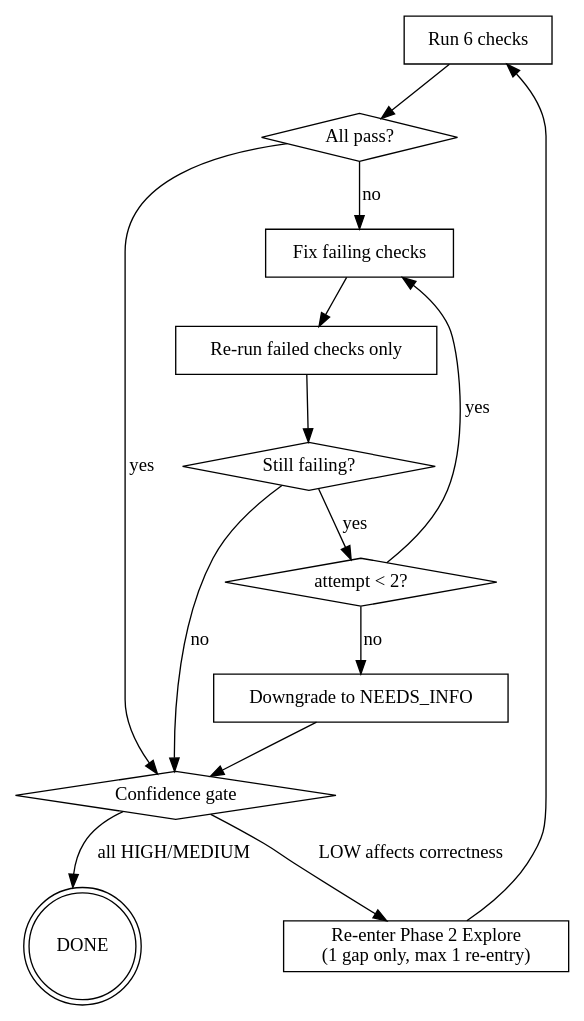
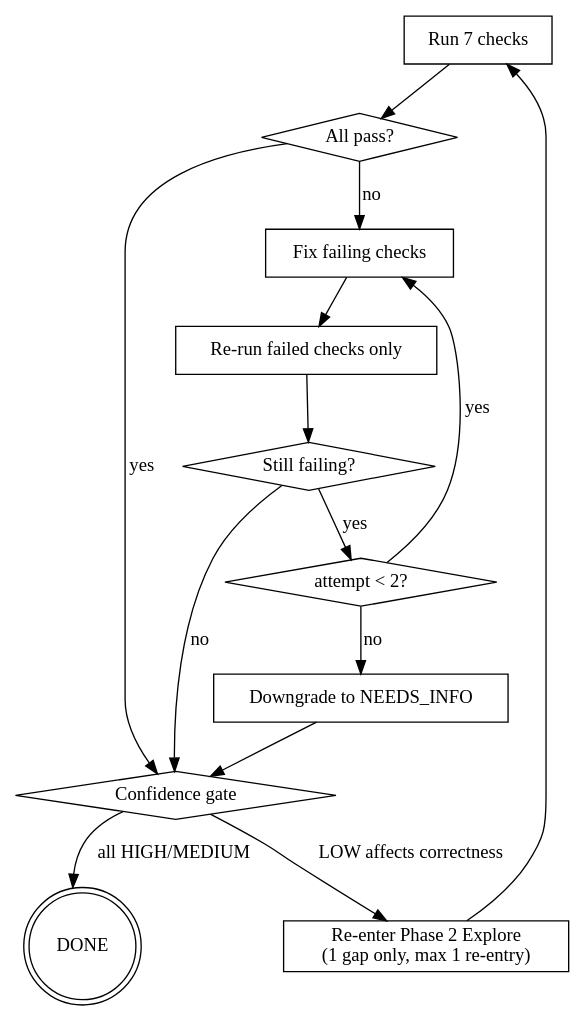
The diagram in skills/pge-plan/references/self-review.md (feng-y/pge), drawn with Graphviz before and after one commit. The commit also changed other lines of this file and 6 other files, not shown here.

````diff
--- a/skills/pge-plan/references/self-review.md
+++ b/skills/pge-plan/references/self-review.md
@@ -7,28 +7,28 @@
 ```dot
 digraph self_review {
-  "Run 6 checks" [shape=box];
+  "Run 7 checks" [shape=box];
   "All pass?" [shape=diamond];
   "Fix failing checks" [shape=box];
   "Re-run failed checks only" [shape=box];
   "Still failing?" [shape=diamond];
   "attempt < 2?" [shape=diamond];
   "Downgrade to NEEDS_INFO" [shape=box];
   "Confidence gate" [shape=diamond];
   "Re-enter Phase 2 Explore\n(1 gap only, max 1 re-entry)" [shape=box];
   "DONE" [shape=doublecircle];
 
-  "Run 6 checks" -> "All pass?";
+  "Run 7 checks" -> "All pass?";
   "All pass?" -> "Confidence gate" [label="yes"];
   "All pass?" -> "Fix failing checks" [label="no"];
   "Fix failing checks" -> "Re-run failed checks only";
   "Re-run failed checks only" -> "Still failing?";
   "Still failing?" -> "Confidence gate" [label="no"];
   "Still failing?" -> "attempt < 2?" [label="yes"];
   "attempt < 2?" -> "Fix failing checks" [label="yes"];
   "attempt < 2?" -> "Downgrade to NEEDS_INFO" [label="no"];
   "Downgrade to NEEDS_INFO" -> "Confidence gate";
   "Confidence gate" -> "Re-enter Phase 2 Explore\n(1 gap only, max 1 re-entry)" [label="LOW affects correctness"];
   "Confidence gate" -> "DONE" [label="all HIGH/MEDIUM"];
-  "Re-enter Phase 2 Explore\n(1 gap only, max 1 re-entry)" -> "Run 6 checks";
+  "Re-enter Phase 2 Explore\n(1 gap only, max 1 re-entry)" -> "Run 7 checks";
 }
 ```
````
